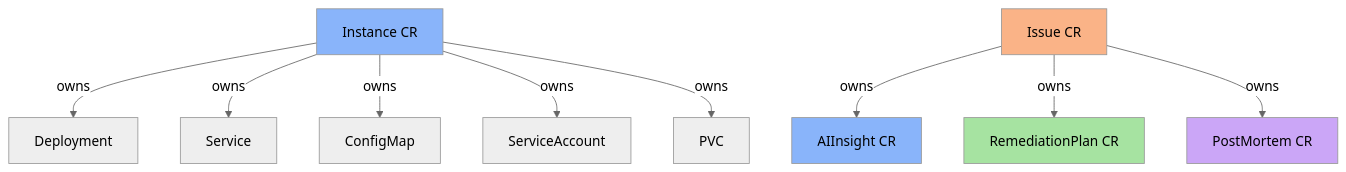
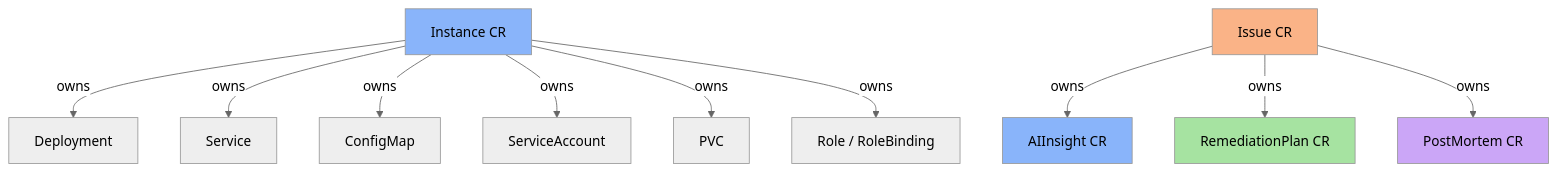
One commit to diillson/chatcli.ai changed the third of 3 diagrams in pt/features/aiops-platform.mdx. Above: the diagram before and after it, drawn with Mermaid (neutral theme). The commit also changed other lines of this file and 126 other files, not shown here.

````diff
--- a/pt/features/aiops-platform.mdx
+++ b/pt/features/aiops-platform.mdx
@@ -785,18 +845,19 @@
 ```mermaid
 graph TD
     INST[Instance CR] -->|owns| DEP[Deployment]
     INST -->|owns| SVC[Service]
     INST -->|owns| CM[ConfigMap]
     INST -->|owns| SA[ServiceAccount]
     INST -->|owns| PVC[PVC]
+    INST -->|owns| RB[Role / RoleBinding]
 
     ISS[Issue CR] -->|owns| INSIGHT[AIInsight CR]
     ISS -->|owns| PLAN[RemediationPlan CR]
     ISS -->|owns| PM[PostMortem CR]
 
     style INST fill:#89b4fa,color:#000
     style ISS fill:#fab387,color:#000
     style INSIGHT fill:#89b4fa,color:#000
     style PLAN fill:#a6e3a1,color:#000
     style PM fill:#cba6f7,color:#000
 ```
````
